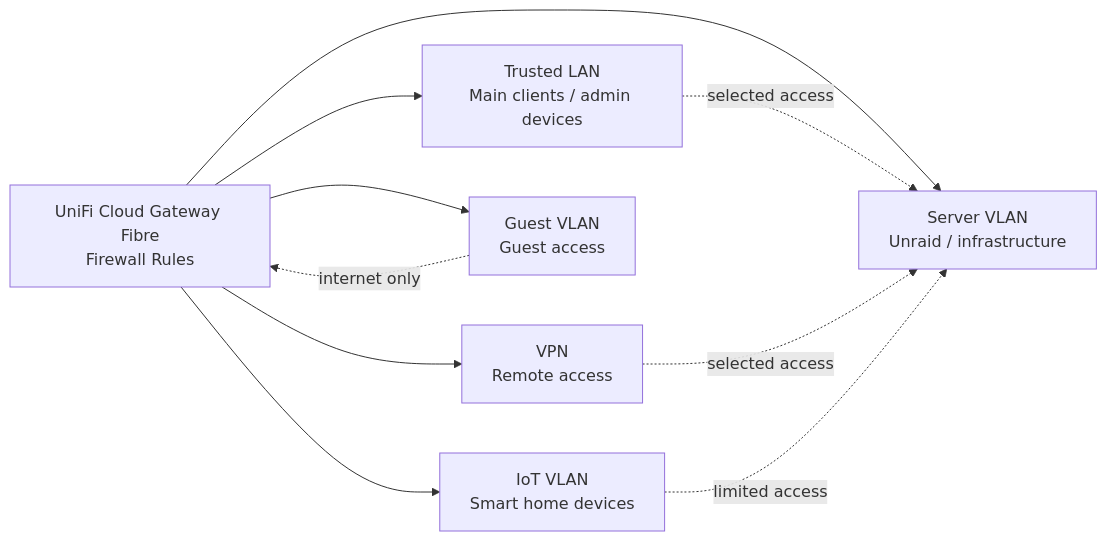
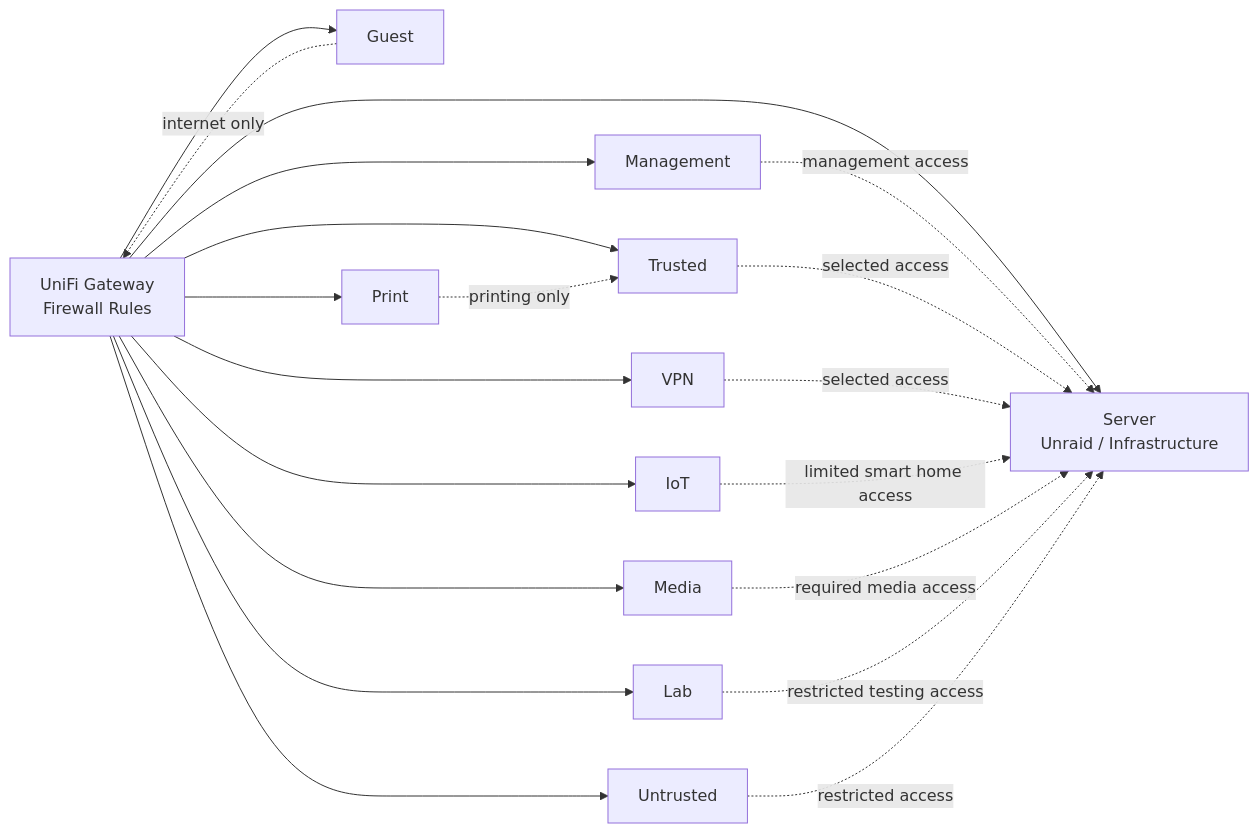
Before and after one commit to ThomasMann2001/HeimServer-Projekt: the second of 2 diagrams in docs/network-roadmap.md, drawn with Mermaid. The commit also changed other lines of this file, not shown here.

First line of the commit message:
Revise network roadmap for segmentation and upgrades

````diff
--- a/docs/network-roadmap.md
+++ b/docs/network-roadmap.md
@@ -69,21 +95,36 @@
 ```mermaid
 flowchart LR
-    UCG["UniFi Cloud Gateway Fibre<br>Firewall Rules"]
+    UCG["UniFi Gateway<br/>Firewall Rules"]
 
-    TrustedLAN["Trusted LAN<br>Main clients / admin devices"]
-    ServerVLAN["Server VLAN<br>Unraid / infrastructure"]
-    IoTVLAN["IoT VLAN<br>Smart home devices"]
-    GuestVLAN["Guest VLAN<br>Guest access"]
-    VPN["VPN<br>Remote access"]
+    MGMT["Management"]
+    Trusted["Trusted"]
+    Untrusted["Untrusted"]
+    Server["Server<br/>Unraid / Infrastructure"]
+    Media["Media"]
+    IoT["IoT"]
+    Guest["Guest"]
+    Lab["Lab"]
+    Print["Print"]
+    VPN["VPN"]
 
-    UCG --> TrustedLAN
-    UCG --> ServerVLAN
-    UCG --> IoTVLAN
-    UCG --> GuestVLAN
+    UCG --> MGMT
+    UCG --> Trusted
+    UCG --> Untrusted
+    UCG --> Server
+    UCG --> Media
+    UCG --> IoT
+    UCG --> Guest
+    UCG --> Lab
+    UCG --> Print
     UCG --> VPN
 
-    TrustedLAN -. selected access .-> ServerVLAN
-    VPN -. selected access .-> ServerVLAN
-    IoTVLAN -. limited access .-> ServerVLAN
-    GuestVLAN -. internet only .-> UCG
+    MGMT -.->|"management access"| Server
+    Trusted -.->|"selected access"| Server
+    VPN -.->|"selected access"| Server
+    IoT -.->|"limited smart home access"| Server
+    Media -.->|"required media access"| Server
+    Print -.->|"printing only"| Trusted
+    Lab -.->|"restricted testing access"| Server
+    Untrusted -.->|"restricted access"| Server
+    Guest -.->|"internet only"| UCG
 ```
````
